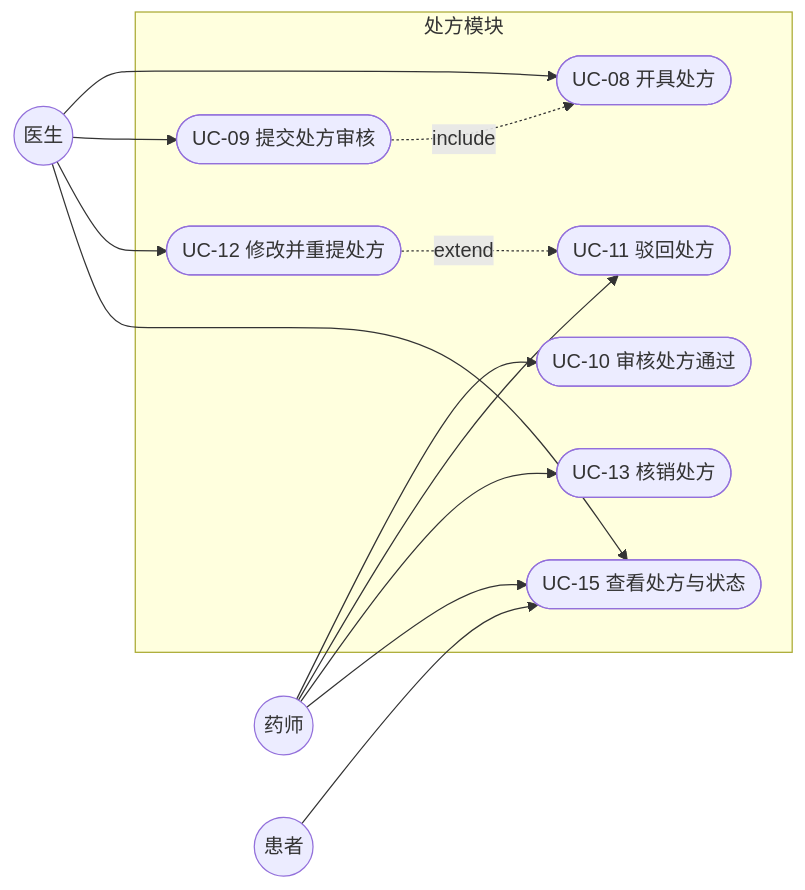
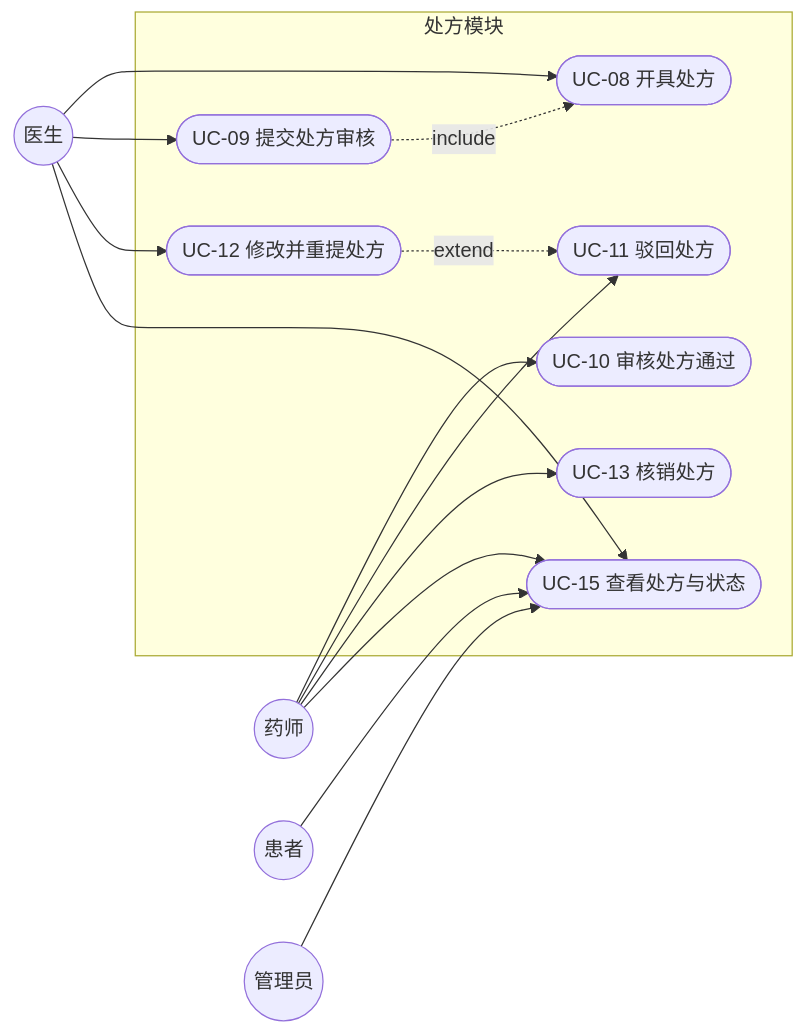
The second of 7 diagrams in docs/diagrams/README.md (RefuseIOT/MedicinePlatform), drawn with Mermaid before and after one commit. The commit also changed other lines of this file and 3 other files, not shown here.

````diff
--- a/docs/diagrams/README.md
+++ b/docs/diagrams/README.md
@@ -39,28 +39,30 @@
 ```mermaid
 flowchart LR
     D((医生))
     PH((药师))
     P((患者))
+    A((管理员))
 
     subgraph 处方模块
         UC08([UC-08 开具处方])
         UC09([UC-09 提交处方审核])
         UC10([UC-10 审核处方通过])
         UC11([UC-11 驳回处方])
         UC12([UC-12 修改并重提处方])
         UC13([UC-13 核销处方])
         UC15([UC-15 查看处方与状态])
     end
 
     D --> UC08
     D --> UC09
     D --> UC12
     D --> UC15
     PH --> UC10
     PH --> UC11
     PH --> UC13
     PH --> UC15
     P --> UC15
+    A --> UC15
     UC09 -. include .-> UC08
     UC12 -. extend .-> UC11
 ```
````
